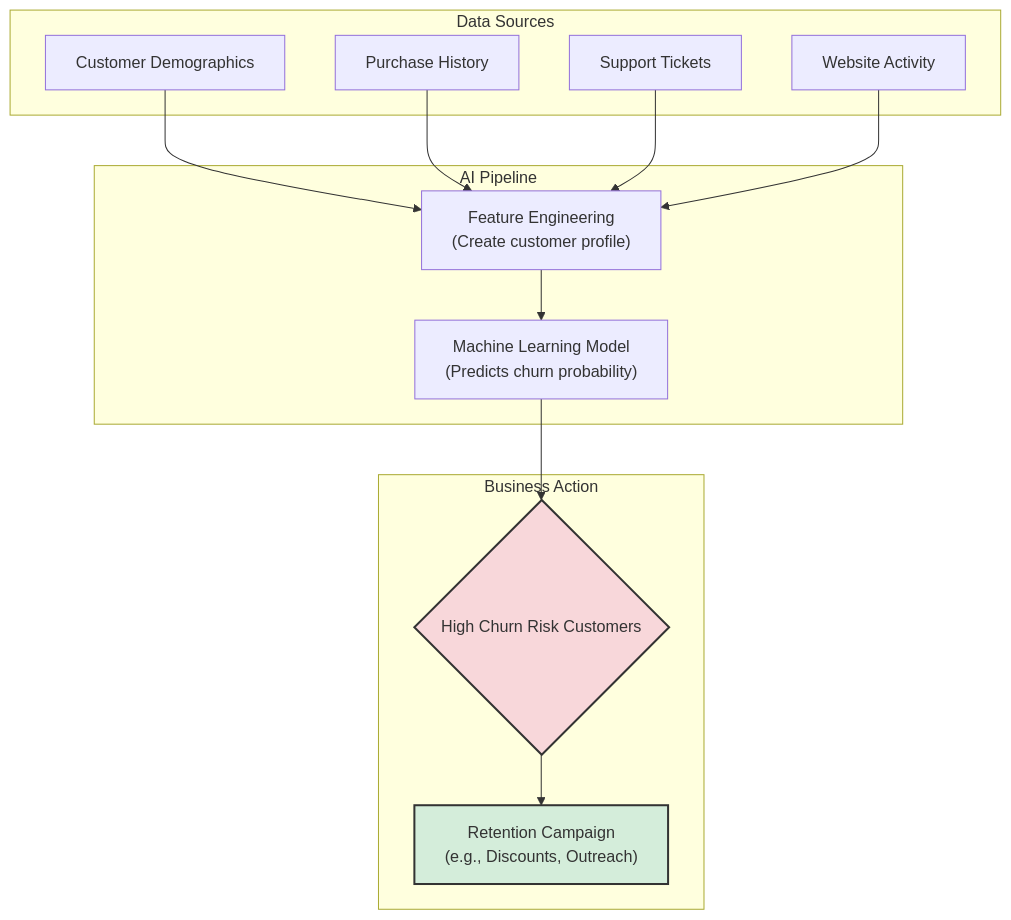
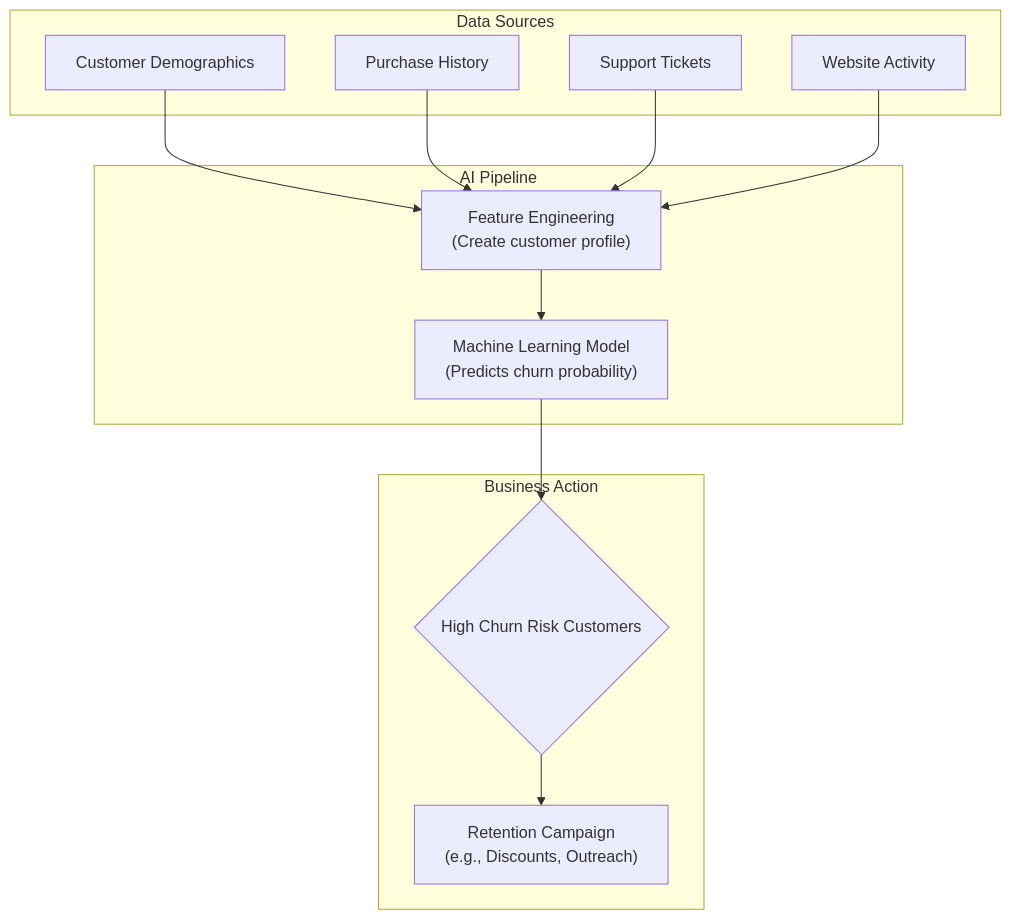
The third of 5 diagrams in README.md (89jobrien/examples), drawn with Mermaid before and after one commit. The commit also changed other lines of this file, not shown here.

````diff
--- a/README.md
+++ b/README.md
@@ -53,27 +43,24 @@
 ```mermaid
 graph TD
     subgraph "Data Sources"
         A[Customer Demographics]
         B[Purchase History]
         C[Support Tickets]
         D[Website Activity]
     end
 
     subgraph "AI Pipeline"
         E["Feature Engineering<br>(Create customer profile)"]
         F["Machine Learning Model<br>(Predicts churn probability)"]
     end
 
     subgraph "Business Action"
         G{High Churn Risk Customers}
         H["Retention Campaign<br>(e.g., Discounts, Outreach)"]
     end
 
     A & B & C & D --> E;
     E --> F;
     F --> G;
     G --> H;
-
-    style G fill:#f8d7da,stroke:#333,stroke-width:2px
-    style H fill:#d4edda,stroke:#333,stroke-width:2px
 ```
````
